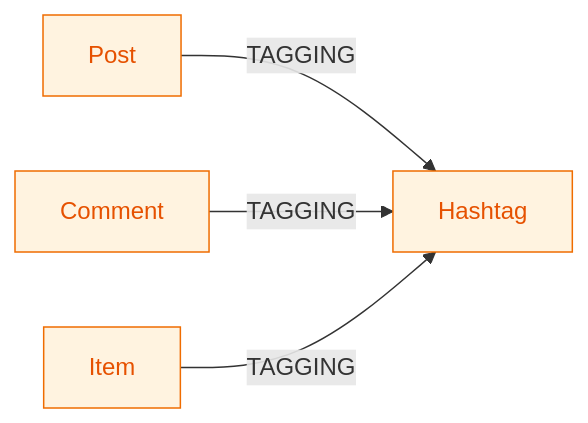
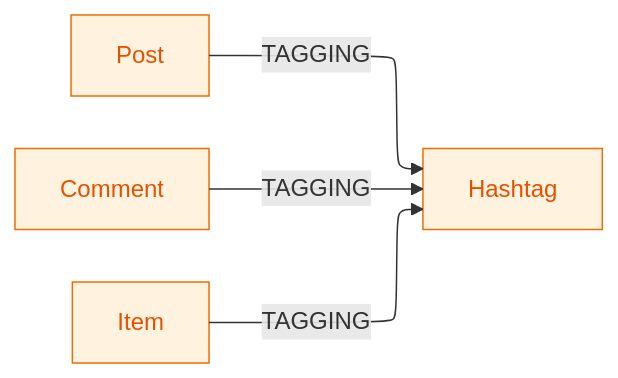
The third of 6 diagrams in docs/primitive/structural-edge-map.md (helping-kaiser/cogra), drawn with Mermaid before and after one commit. The commit also changed other lines of this file, not shown here.

First line of the commit message:
docs: render structural-edge-map diagrams with elk

````diff
--- a/docs/primitive/structural-edge-map.md
+++ b/docs/primitive/structural-edge-map.md
@@ -177,13 +179,14 @@
 ```mermaid
+%%{init: {"flowchart": {"defaultRenderer": "elk"}} }%%
 flowchart LR
     Post[Post]:::content
     Comment[Comment]:::content
     Item[Item]:::content
     Hashtag[Hashtag]:::content
 
     Post -->|TAGGING| Hashtag
     Comment -->|TAGGING| Hashtag
     Item -->|TAGGING| Hashtag
 
     classDef content fill:#fff3e0,stroke:#ef6c00,color:#e65100;
 ```
````
